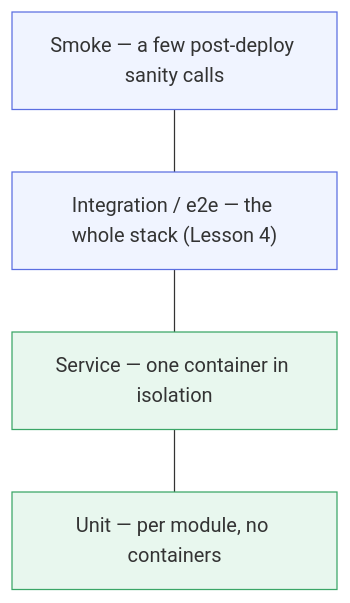
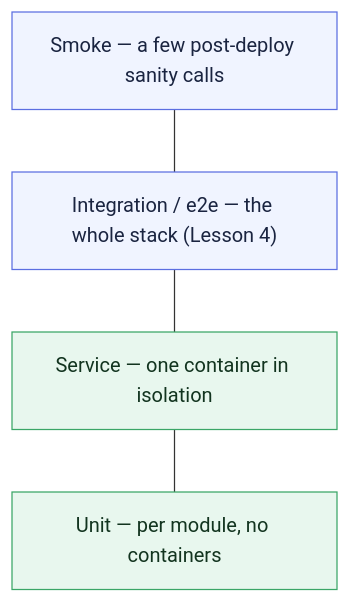
One commit to LinkedInLearning/docker-for-local-ai-app-development-build-lightweight-containerized-ai-applications-11189001 changed the diagram in chapter_4/l5/README.md. Above: the diagram before and after it, drawn with Mermaid. The commit also changed 25 other files, not shown here.

````diff
--- a/chapter_4/l5/README.md
+++ b/chapter_4/l5/README.md
@@ -14,13 +14,13 @@
 ```mermaid
 flowchart TD
     S["Smoke — a few post-deploy sanity calls"]
     I["Integration / e2e — the whole stack (Lesson 4)"]
     SV["Service — one container in isolation"]
     U["Unit — per module, no containers"]
     S --- I --- SV --- U
 
-    classDef base fill:#e8f7ee,stroke:#3aa667,stroke-width:1px;
-    classDef top fill:#f0f4ff,stroke:#5b6ee1,stroke-width:1px;
+    classDef base fill:#e8f7ee,stroke:#3aa667,stroke-width:1px,color:#12341f;
+    classDef top fill:#f0f4ff,stroke:#5b6ee1,stroke-width:1px,color:#1a2440;
     class U,SV base
     class I,S top
 ```
````
